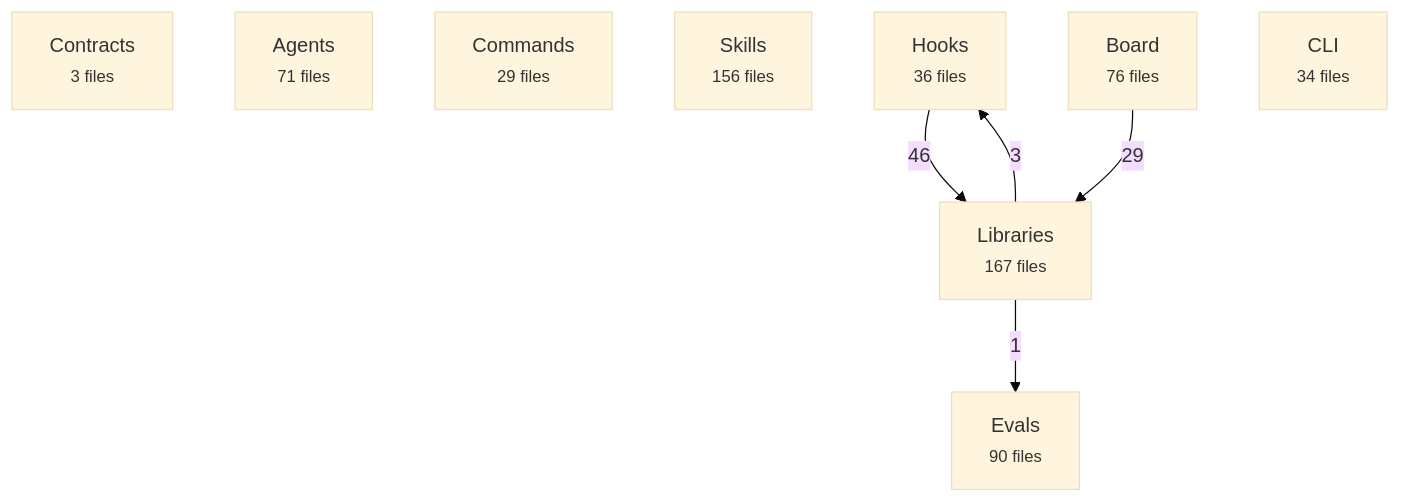
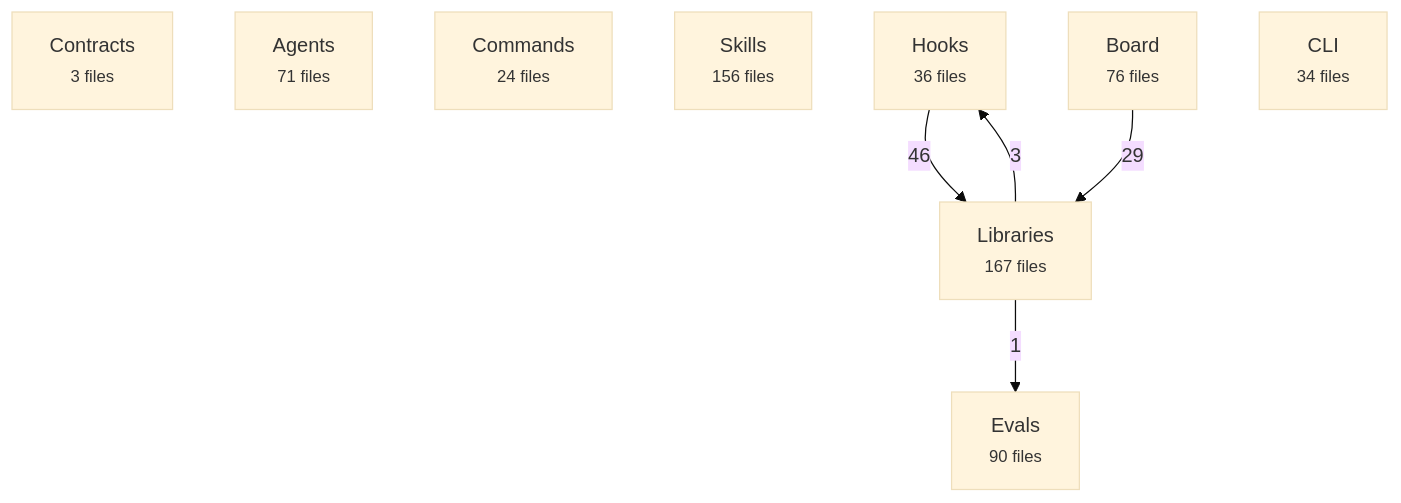
Before and after one commit to avelikiy/great_cto: the first of 2 diagrams in docs/reference/architecture-map.md, drawn with Mermaid (base theme). The commit also changed other lines of this file and 38 other files, not shown here.

````diff
--- a/docs/reference/architecture-map.md
+++ b/docs/reference/architecture-map.md
@@ -20,16 +20,16 @@
 ```mermaid
 flowchart TD
   contracts["Contracts<br/><small>3 files</small>"]
   agents["Agents<br/><small>71 files</small>"]
-  commands["Commands<br/><small>29 files</small>"]
+  commands["Commands<br/><small>24 files</small>"]
   skills["Skills<br/><small>156 files</small>"]
   hooks["Hooks<br/><small>36 files</small>"]
   libs["Libraries<br/><small>167 files</small>"]
   board["Board<br/><small>76 files</small>"]
   cli["CLI<br/><small>34 files</small>"]
   evals["Evals<br/><small>90 files</small>"]
   hooks -->|46| libs
   board -->|29| libs
   libs -->|3| hooks
   libs -->|1| evals
 ```
````
